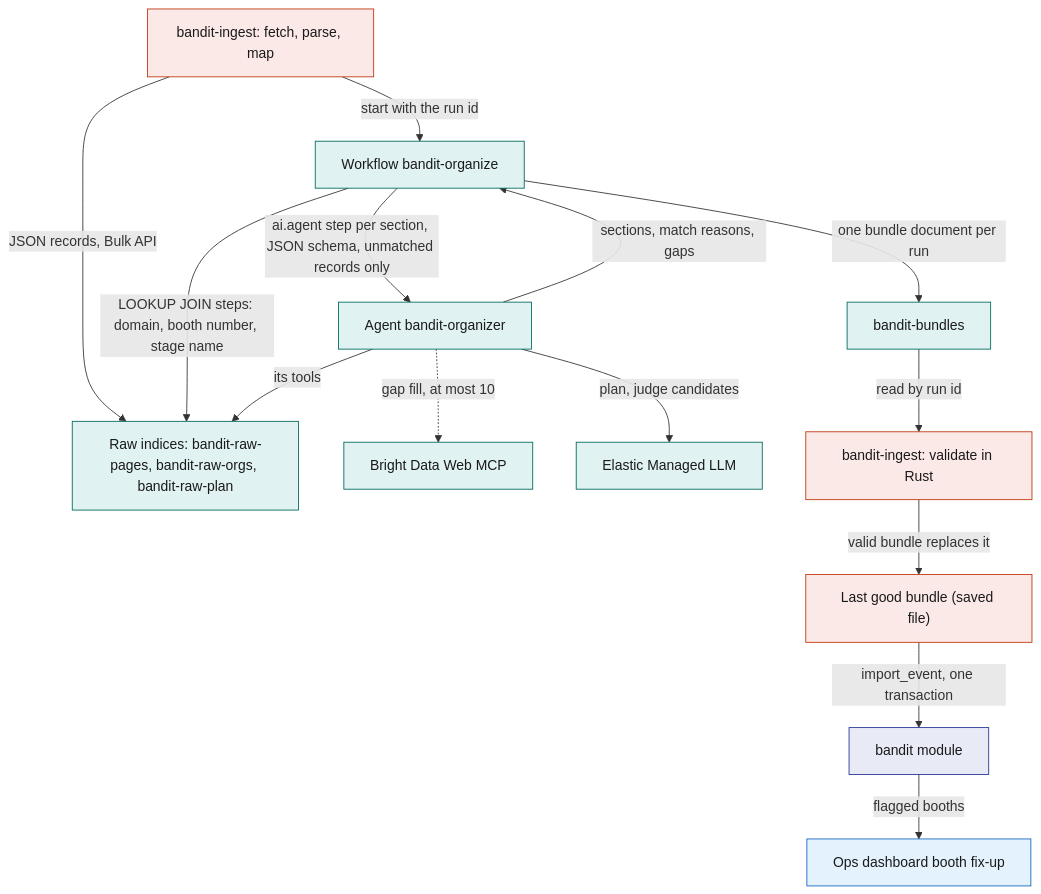
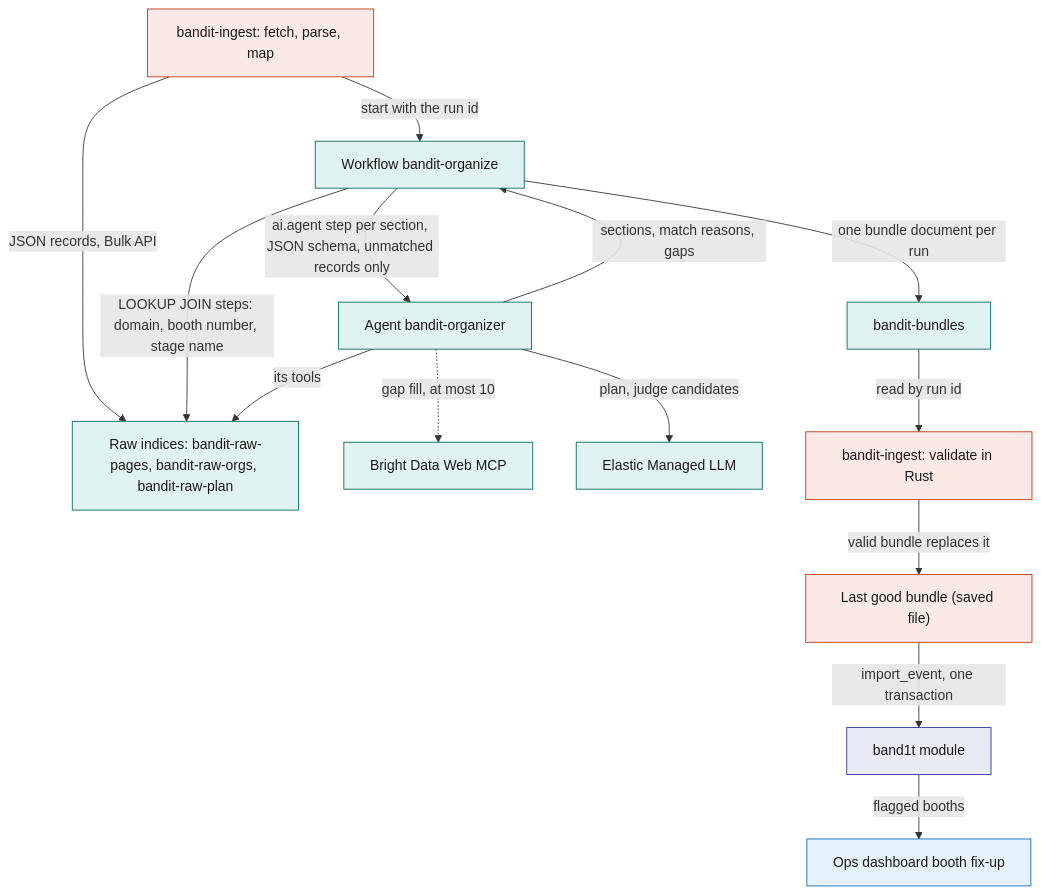
One commit to viktorinkov/cal-hacks-13 changed the first of 5 diagrams in System Design/7-integrations/Elastic.md. Above: the diagram before and after it, drawn with Mermaid. The commit also changed other lines of this file and 21 other files, not shown here.

````diff
--- a/System Design/7-integrations/Elastic.md
+++ b/System Design/7-integrations/Elastic.md
@@ -96,24 +85,24 @@
 ```mermaid
 flowchart TB
   ING["bandit-ingest: fetch, parse, map"] -->|"JSON records, Bulk API"| RAW["Raw indices: bandit-raw-pages, bandit-raw-orgs, bandit-raw-plan"]
   ING -->|"start with the run id"| WF["Workflow bandit-organize"]
   WF -->|"LOOKUP JOIN steps: domain, booth number, stage name"| RAW
   WF -->|"ai.agent step per section, JSON schema, unmatched records only"| AG["Agent bandit-organizer"]
   AG -->|"its tools"| RAW
   AG -.->|"gap fill, at most 10"| BDM["Bright Data Web MCP"]
   AG -->|"plan, judge candidates"| LLM["Elastic Managed LLM"]
   AG -->|"sections, match reasons, gaps"| WF
   WF -->|"one bundle document per run"| BUN["bandit-bundles"]
   BUN -->|"read by run id"| VAL["bandit-ingest: validate in Rust"]
   VAL -->|"valid bundle replaces it"| GOOD["Last good bundle (saved file)"]
-  GOOD -->|"import_event, one transaction"| STDB["bandit module"]
+  GOOD -->|"import_event, one transaction"| STDB["band1t module"]
   STDB -->|"flagged booths"| FIX["Ops dashboard booth fix-up"]
   classDef rust fill:#FBE9E7,stroke:#BF360C,color:#1A1A1A
   classDef stdb fill:#E8EAF6,stroke:#283593,color:#1A1A1A
   classDef web fill:#E3F2FD,stroke:#1565C0,color:#1A1A1A
   classDef ext fill:#E0F2F1,stroke:#00695C,color:#1A1A1A
   class ING,VAL,GOOD rust
   class STDB stdb
   class FIX web
   class RAW,WF,AG,LLM,BUN,BDM ext
 ```
````
